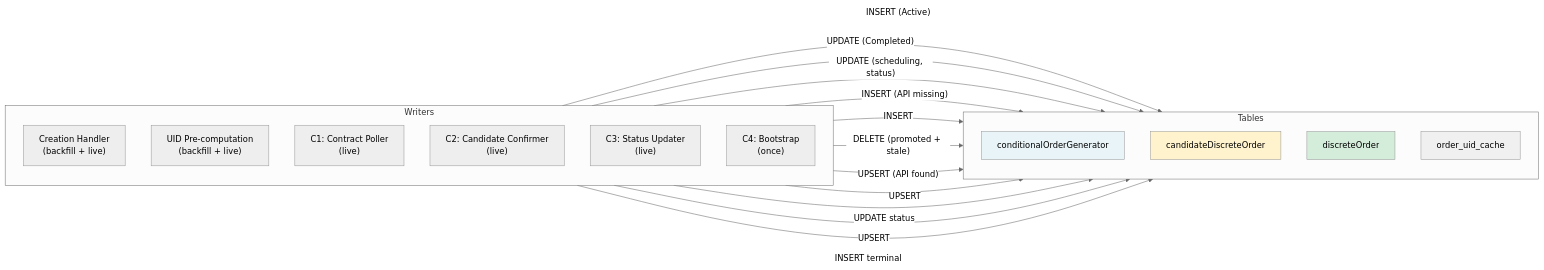
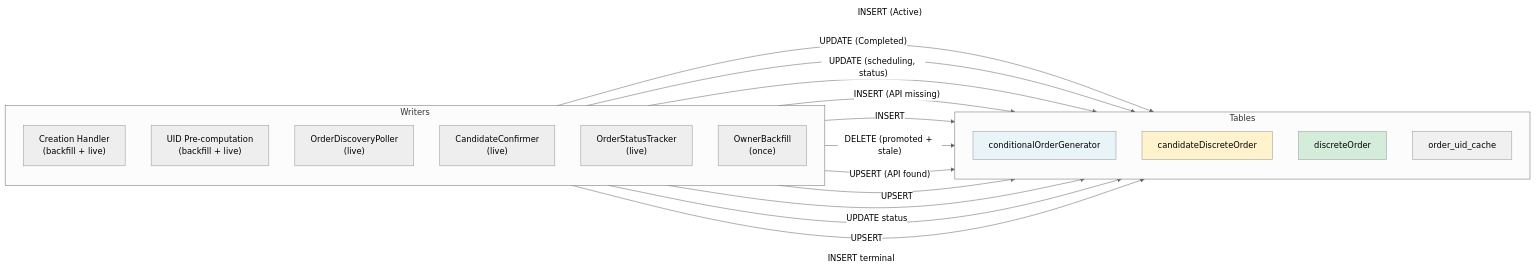
Before and after one commit to bleu/cow-programmatic-orders-api: the seventh of 7 diagrams in agent_docs/m3-orderbook-integration-flow.md, drawn with Mermaid (neutral theme). The commit also changed other lines of this file and 12 other files, not shown here.

````diff
--- a/agent_docs/m3-orderbook-integration-flow.md
+++ b/agent_docs/m3-orderbook-integration-flow.md
@@ -609,40 +609,40 @@
 ```mermaid
 flowchart LR
     subgraph Writers
         direction TB
         A["Creation Handler<br/>(backfill + live)"]
         B["UID Pre-computation<br/>(backfill + live)"]
-        C1["C1: Contract Poller<br/>(live)"]
-        C2["C2: Candidate Confirmer<br/>(live)"]
-        C3["C3: Status Updater<br/>(live)"]
-        C4["C4: Bootstrap<br/>(once)"]
+        OrderDiscoveryPoller["OrderDiscoveryPoller<br/>(live)"]
+        CandidateConfirmer["CandidateConfirmer<br/>(live)"]
+        OrderStatusTracker["OrderStatusTracker<br/>(live)"]
+        OwnerBackfill["OwnerBackfill<br/>(once)"]
     end
 
     subgraph Tables
         direction TB
         Gen["conditionalOrderGenerator"]
         Cand["candidateDiscreteOrder"]
         Disc["discreteOrder"]
         Cache["order_uid_cache"]
     end
 
     A -->|"INSERT (Active)"| Gen
     B -->|"UPDATE (Completed)"| Gen
-    C1 -->|"UPDATE (scheduling, status)"| Gen
+    OrderDiscoveryPoller -->|"UPDATE (scheduling, status)"| Gen
 
     B -->|"INSERT (API missing)"| Cand
-    C1 -->|"INSERT"| Cand
-    C2 -->|"DELETE (promoted + stale)"| Cand
+    OrderDiscoveryPoller -->|"INSERT"| Cand
+    CandidateConfirmer -->|"DELETE (promoted + stale)"| Cand
 
     B -->|"UPSERT (API found)"| Disc
-    C2 -->|"UPSERT"| Disc
-    C3 -->|"UPDATE status"| Disc
-    C4 -->|"UPSERT"| Disc
+    CandidateConfirmer -->|"UPSERT"| Disc
+    OrderStatusTracker -->|"UPDATE status"| Disc
+    OwnerBackfill -->|"UPSERT"| Disc
 
-    C3 -->|"INSERT terminal"| Cache
+    OrderStatusTracker -->|"INSERT terminal"| Cache
 
     style Gen fill:#e8f4f8
     style Disc fill:#d4edda
     style Cand fill:#fff3cd
     style Cache fill:#f0f0f0
 ```
````
